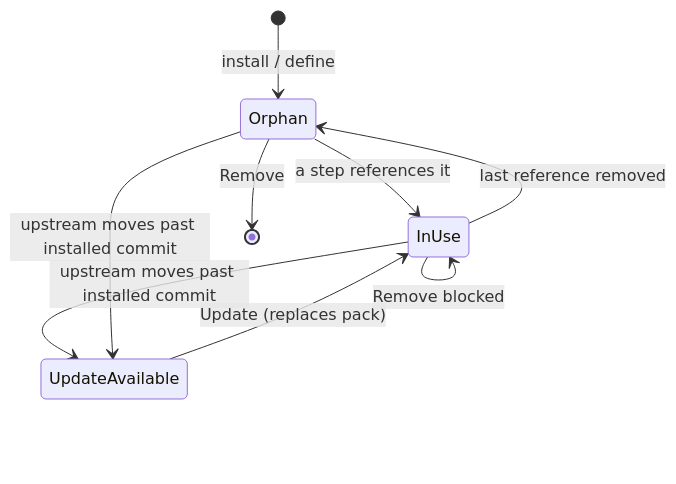
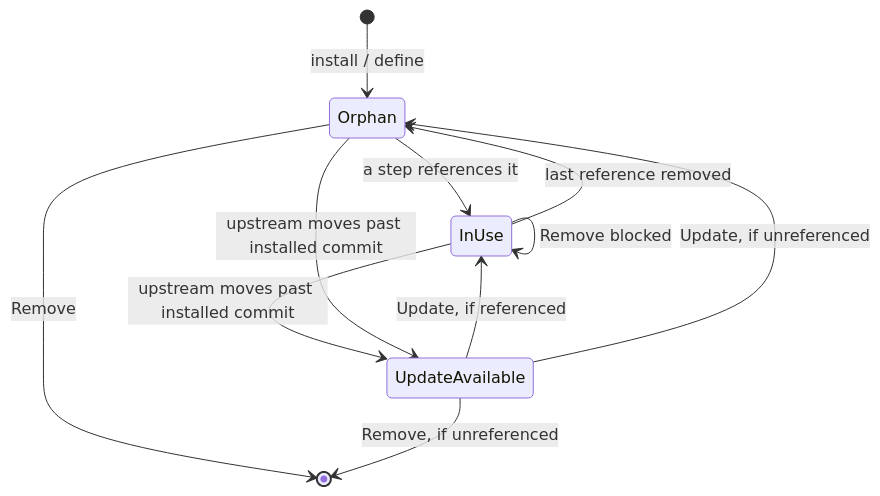
One commit to ClearCloudSoftware/flowboard changed the diagram in docs/FlowBoard/Capability Library/Updating And Removing Capabilities.md. Above: the diagram before and after it, drawn with Mermaid. The commit also changed other lines of this file and 19 other files, not shown here.

````diff
--- a/docs/FlowBoard/Capability Library/Updating And Removing Capabilities.md
+++ b/docs/FlowBoard/Capability Library/Updating And Removing Capabilities.md
@@ -10,11 +10,13 @@
 ```mermaid
 stateDiagram-v2
   [*] --> Orphan: install / define
   Orphan --> InUse: a step references it
   InUse --> Orphan: last reference removed
   InUse --> UpdateAvailable: upstream moves past installed commit
   Orphan --> UpdateAvailable: upstream moves past installed commit
-  UpdateAvailable --> InUse: Update (replaces pack)
+  UpdateAvailable --> InUse: Update, if referenced
+  UpdateAvailable --> Orphan: Update, if unreferenced
   Orphan --> [*]: Remove
+  UpdateAvailable --> [*]: Remove, if unreferenced
   InUse --> InUse: Remove blocked
 ```
````
